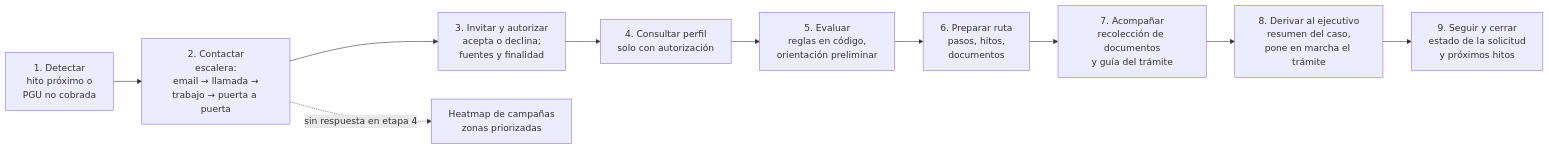
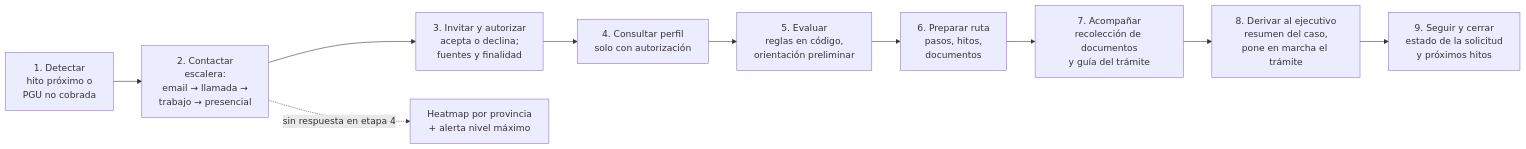
Before and after one commit to brunoponcem/hackaton-aws: the first of 2 diagrams in 20-arquitectura/arquitectura-chileatiende.md, drawn with Mermaid. The commit also changed other lines of this file and 10 other files, not shown here.

````diff
--- a/20-arquitectura/arquitectura-chileatiende.md
+++ b/20-arquitectura/arquitectura-chileatiende.md
@@ -15,12 +15,12 @@
 ```mermaid
 flowchart LR
-  D["1. Detectar<br/>hito próximo o<br/>PGU no cobrada"] --> C["2. Contactar<br/>escalera:<br/>email → llamada →<br/>trabajo → puerta a puerta"]
+  D["1. Detectar<br/>hito próximo o<br/>PGU no cobrada"] --> C["2. Contactar<br/>escalera:<br/>email → llamada →<br/>trabajo → presencial"]
   C --> I["3. Invitar y autorizar<br/>acepta o declina;<br/>fuentes y finalidad"]
   I --> Q["4. Consultar perfil<br/>solo con autorización"]
   Q --> V["5. Evaluar<br/>reglas en código,<br/>orientación preliminar"]
   V --> R["6. Preparar ruta<br/>pasos, hitos,<br/>documentos"]
   R --> A["7. Acompañar<br/>recolección de documentos<br/>y guía del trámite"]
   A --> X["8. Derivar al ejecutivo<br/>resumen del caso,<br/>pone en marcha el trámite"]
   X --> S["9. Seguir y cerrar<br/>estado de la solicitud<br/>y próximos hitos"]
-  C -. "sin respuesta en etapa 4" .-> H["Heatmap de campañas<br/>zonas priorizadas"]
+  C -. "sin respuesta en etapa 4" .-> H["Heatmap por provincia<br/>+ alerta nivel máximo"]
 ```
````
